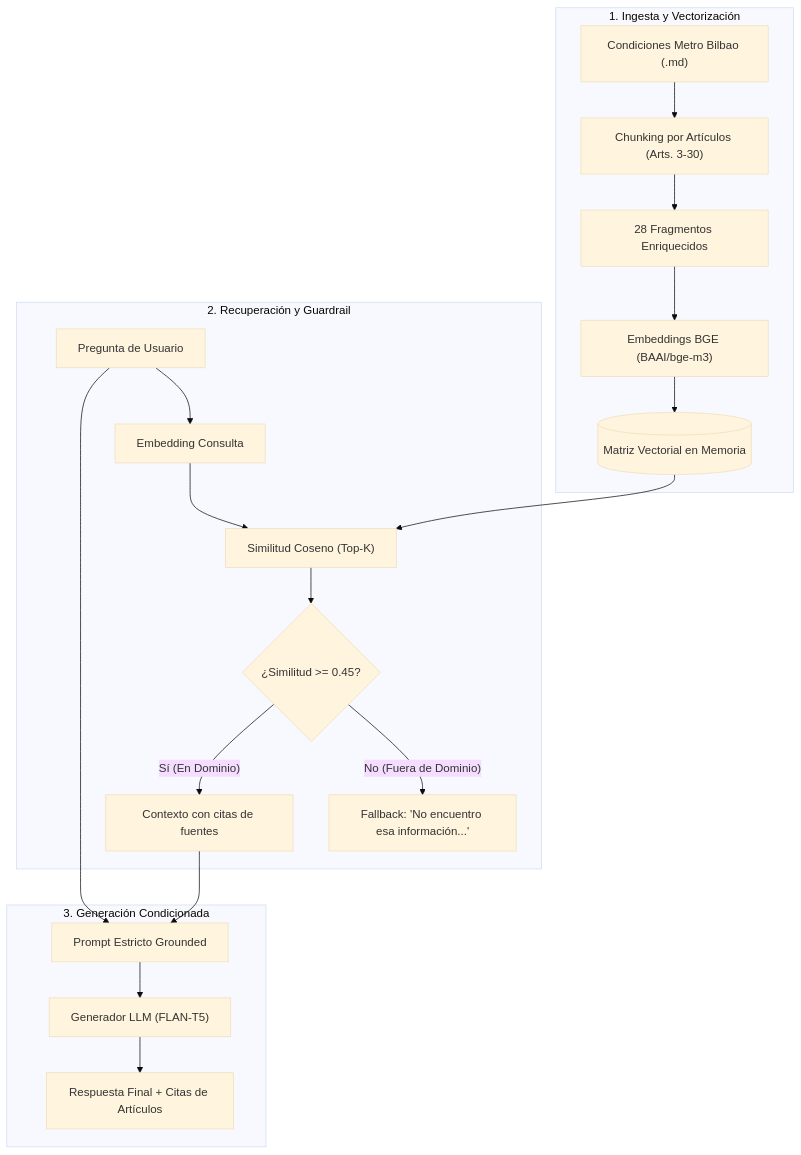
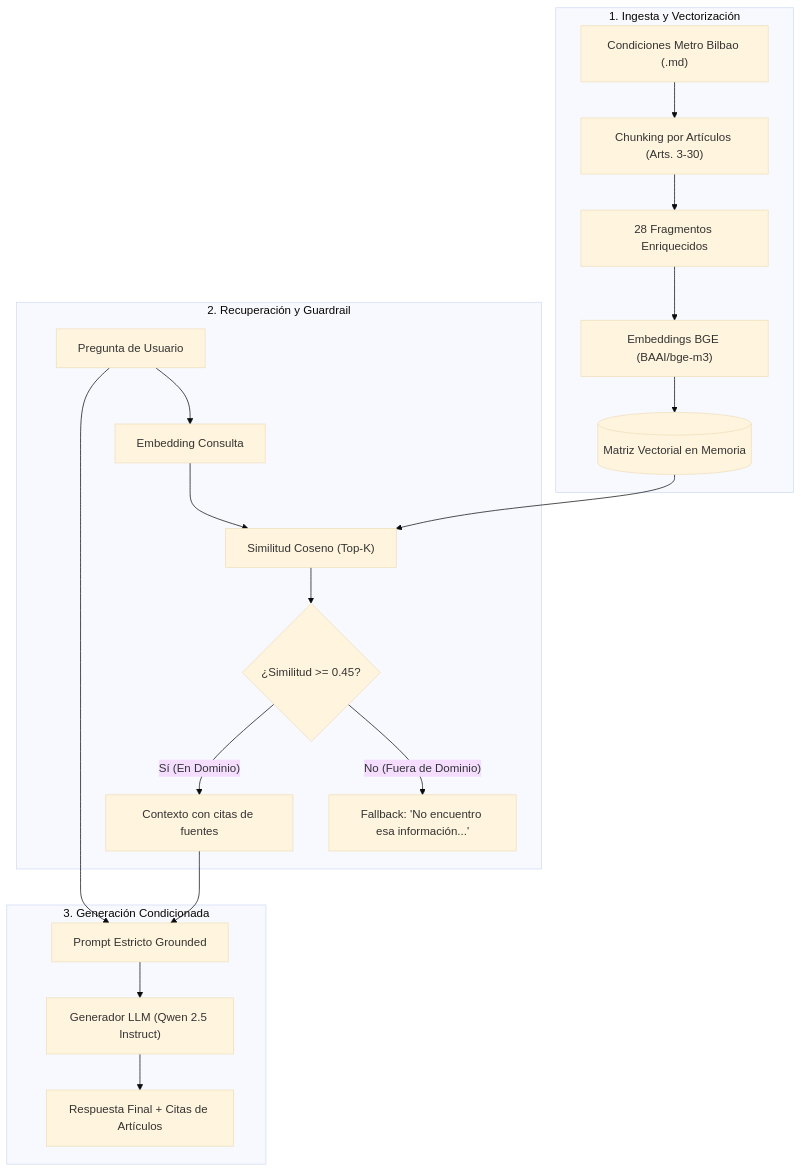
The diagram in README.md (nicodelallana/asistente-ia-MIA), drawn with Mermaid (base theme) before and after one commit. The commit also changed other lines of this file and 4 other files, not shown here.

First line of the commit message:
feat: Update generative model to Qwen 2.5 Instruct across all components

````diff
--- a/README.md
+++ b/README.md
@@ -24,23 +24,23 @@
 ```mermaid
 flowchart TD
     subgraph INGESTION["1. Ingesta y Vectorización"]
         MD[" Condiciones Metro Bilbao (.md)"] --> SPLIT[" Chunking por Artículos (Arts. 3-30)"]
         SPLIT --> DOCS[" 28 Fragmentos Enriquecidos"]
         DOCS --> EMB_M[" Embeddings BGE (BAAI/bge-m3)"]
         EMB_M --> VDB[(" Matriz Vectorial en Memoria")]
     end
 
     subgraph RETRIEVAL["2. Recuperación y Guardrail"]
         USER_Q[" Pregunta de Usuario"] --> Q_EMB[" Embedding Consulta"]
         Q_EMB & VDB --> COS[" Similitud Coseno (Top-K)"]
         COS --> GUARD{" ¿Similitud >= 0.45?"}
         GUARD -- "No (Fuera de Dominio)" --> FB[" Fallback: 'No encuentro esa información...'"]
         GUARD -- "Sí (En Dominio)" --> CTX[" Contexto con citas de fuentes"]
     end
 
     subgraph GENERATION["3. Generación Condicionada"]
         CTX & USER_Q --> PROMPT[" Prompt Estricto Grounded"]
-        PROMPT --> LLM[" Generador LLM (FLAN-T5)"]
+        PROMPT --> LLM[" Generador LLM (Qwen 2.5 Instruct)"]
         LLM --> ANSWER[" Respuesta Final + Citas de Artículos"]
     end
 ```
````
